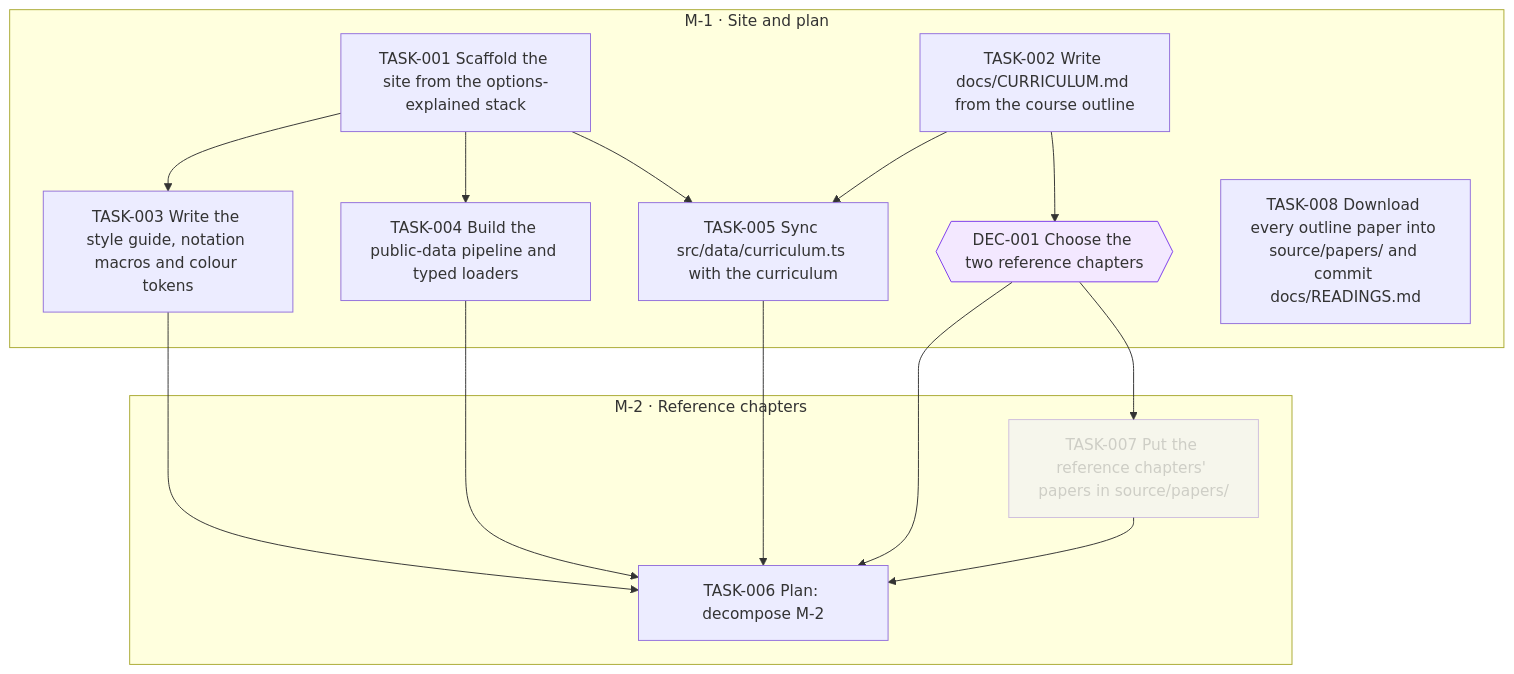
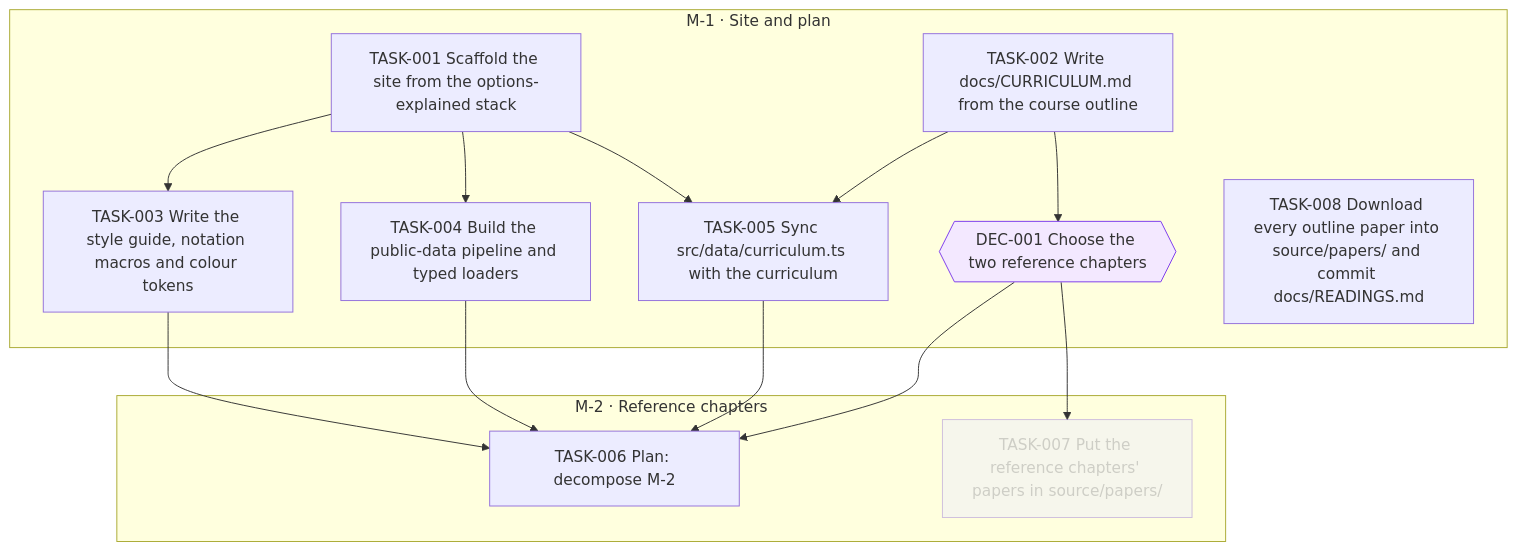
One commit to all-explained/empirical-finance-lbs changed the diagram in goals/course-site/README.md. Above: the diagram before and after it, drawn with Mermaid. The commit also changed 1 other file, not shown here.

Commit message:
goal(course-site): unlink TASK-006 after TASK-007

````diff
--- a/goals/course-site/README.md
+++ b/goals/course-site/README.md
@@ -39,32 +39,31 @@
 ```mermaid
 flowchart TD
   subgraph M_1["M-1 · Site and plan"]
     DEC_001{{"DEC-001 Choose the two reference chapters"}}
     TASK_001["TASK-001 Scaffold the site from the options-explained stack"]
     TASK_002["TASK-002 Write docs/CURRICULUM.md from the course outline"]
     TASK_003["TASK-003 Write the style guide, notation macros and colour tokens"]
     TASK_004["TASK-004 Build the public-data pipeline and typed loaders"]
     TASK_005["TASK-005 Sync src/data/curriculum.ts with the curriculum"]
     TASK_008["TASK-008 Download every outline paper into source/papers/ and commit docs/READINGS.md"]
   end
   subgraph M_2["M-2 · Reference chapters"]
     TASK_006["TASK-006 Plan: decompose M-2"]
     TASK_007["TASK-007 Put the reference chapters' papers in source/papers/"]
   end
   TASK_002 --> DEC_001
   TASK_001 --> TASK_003
   TASK_001 --> TASK_004
   TASK_001 --> TASK_005
   TASK_002 --> TASK_005
   TASK_003 --> TASK_006
   TASK_004 --> TASK_006
   TASK_005 --> TASK_006
   DEC_001 --> TASK_006
-  TASK_007 --> TASK_006
   DEC_001 --> TASK_007
   classDef draft stroke-dasharray: 4 3
   classDef cancelled opacity:0.45
   classDef decision fill:#f3e8ff,stroke:#7c3aed
   class TASK_007 cancelled
   class DEC_001 decision
 ```
````
